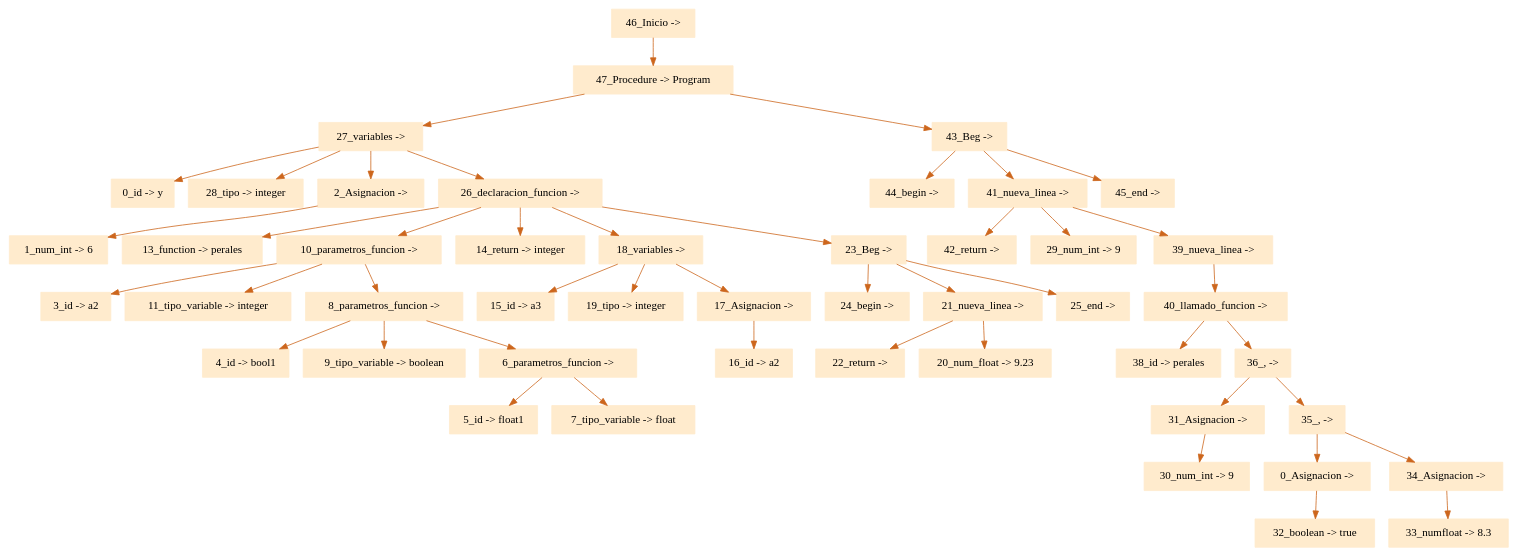
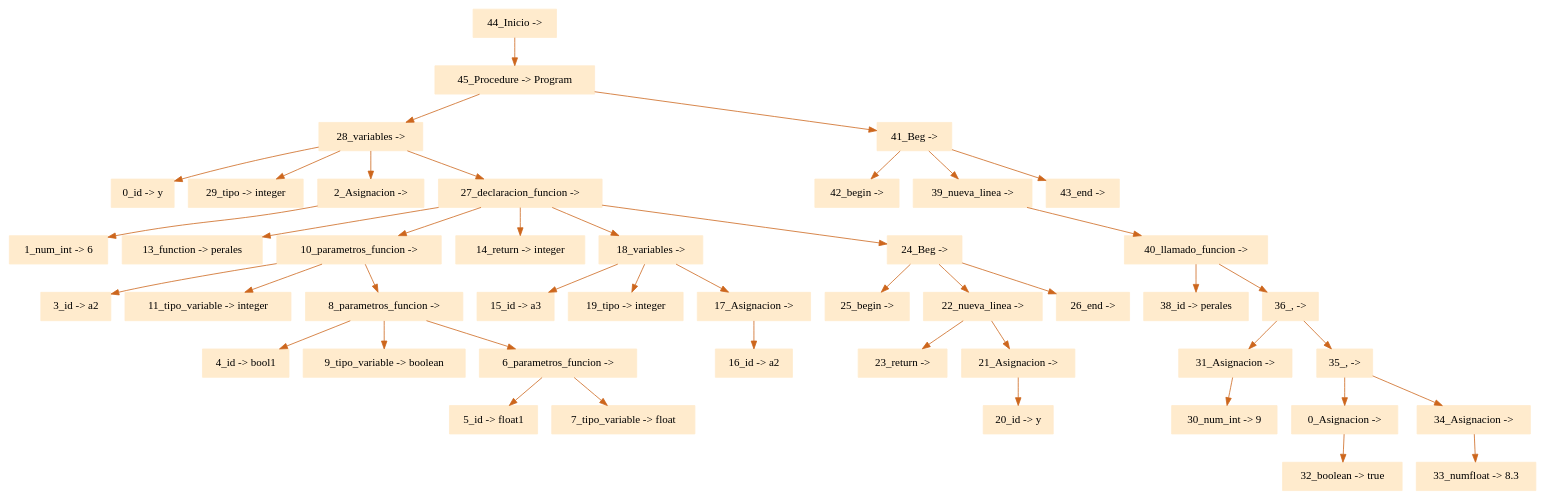
Before and after one commit to eliasgz97/Proyecto_Compiladores: the diagram in ProyectoCompiladores/arbol.dot, drawn with Graphviz. The commit also changed 6 other files, not shown here.

```diff
--- a/ProyectoCompiladores/arbol.dot
+++ b/ProyectoCompiladores/arbol.dot
@@ -1,51 +1,49 @@
 digraph G {node[shape=box, style=filled, color=blanchedalmond]; edge[color=chocolate3];rankdir=UD 
 
-"46_Inicio -> "->"47_Procedure -> Program"
-"47_Procedure -> Program"->"27_variables -> "
-"27_variables -> "->"0_id -> y"
-"27_variables -> "->"28_tipo -> integer"
-"27_variables -> "->"2_Asignacion -> "
+"44_Inicio -> "->"45_Procedure -> Program"
+"45_Procedure -> Program"->"28_variables -> "
+"28_variables -> "->"0_id -> y"
+"28_variables -> "->"29_tipo -> integer"
+"28_variables -> "->"2_Asignacion -> "
 "2_Asignacion -> "->"1_num_int -> 6"
-"27_variables -> "->"26_declaracion_funcion -> "
-"26_declaracion_funcion -> "->"13_function -> perales"
-"26_declaracion_funcion -> "->"10_parametros_funcion -> "
+"28_variables -> "->"27_declaracion_funcion -> "
+"27_declaracion_funcion -> "->"13_function -> perales"
+"27_declaracion_funcion -> "->"10_parametros_funcion -> "
 "10_parametros_funcion -> "->"3_id -> a2"
 "10_parametros_funcion -> "->"11_tipo_variable -> integer"
 "10_parametros_funcion -> "->"8_parametros_funcion -> "
 "8_parametros_funcion -> "->"4_id -> bool1"
 "8_parametros_funcion -> "->"9_tipo_variable -> boolean"
 "8_parametros_funcion -> "->"6_parametros_funcion -> "
 "6_parametros_funcion -> "->"5_id -> float1"
 "6_parametros_funcion -> "->"7_tipo_variable -> float"
-"26_declaracion_funcion -> "->"14_return -> integer"
-"26_declaracion_funcion -> "->"18_variables -> "
+"27_declaracion_funcion -> "->"14_return -> integer"
+"27_declaracion_funcion -> "->"18_variables -> "
 "18_variables -> "->"15_id -> a3"
 "18_variables -> "->"19_tipo -> integer"
 "18_variables -> "->"17_Asignacion -> "
 "17_Asignacion -> "->"16_id -> a2"
-"26_declaracion_funcion -> "->"23_Beg -> "
-"23_Beg -> "->"24_begin -> "
-"23_Beg -> "->"21_nueva_linea -> "
-"21_nueva_linea -> "->"22_return -> "
-"21_nueva_linea -> "->"20_num_float -> 9.23"
-"23_Beg -> "->"25_end -> "
-"47_Procedure -> Program"->"43_Beg -> "
-"43_Beg -> "->"44_begin -> "
-"43_Beg -> "->"41_nueva_linea -> "
-"41_nueva_linea -> "->"42_return -> "
-"41_nueva_linea -> "->"29_num_int -> 9"
-"41_nueva_linea -> "->"39_nueva_linea -> "
+"27_declaracion_funcion -> "->"24_Beg -> "
+"24_Beg -> "->"25_begin -> "
+"24_Beg -> "->"22_nueva_linea -> "
+"22_nueva_linea -> "->"23_return -> "
+"22_nueva_linea -> "->"21_Asignacion -> "
+"21_Asignacion -> "->"20_id -> y"
+"24_Beg -> "->"26_end -> "
+"45_Procedure -> Program"->"41_Beg -> "
+"41_Beg -> "->"42_begin -> "
+"41_Beg -> "->"39_nueva_linea -> "
 "39_nueva_linea -> "->"40_llamado_funcion -> "
 "40_llamado_funcion -> "->"38_id -> perales"
 "40_llamado_funcion -> "->"36_, -> "
 "36_, -> "->"31_Asignacion -> "
 "31_Asignacion -> "->"30_num_int -> 9"
 "36_, -> "->"35_, -> "
 "35_, -> "->"0_Asignacion -> "
 "0_Asignacion -> "->"32_boolean -> true"
 "35_, -> "->"34_Asignacion -> "
 "34_Asignacion -> "->"33_numfloat -> 8.3"
-"43_Beg -> "->"45_end -> "
+"41_Beg -> "->"43_end -> "
 
 
 }
```
